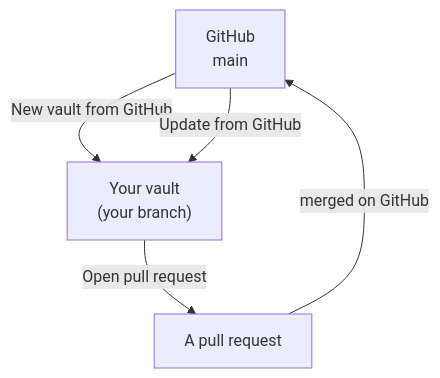
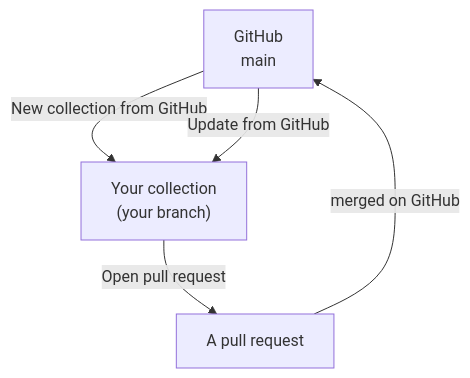
One commit to DavidROliverBA/commonplace-md changed the diagram in docs/help/import-export.md. Above: the diagram before and after it, drawn with Mermaid. The commit also changed other lines of this file and 113 other files, not shown here.

````diff
--- a/docs/help/import-export.md
+++ b/docs/help/import-export.md
@@ -25,7 +25,7 @@
 ```mermaid
 flowchart TB
-  G["GitHub<br/>main"] -- "New vault from GitHub" --> V["Your vault<br/>(your branch)"]
+  G["GitHub<br/>main"] -- "New collection from GitHub" --> V["Your collection<br/>(your branch)"]
   V -- "Open pull request" --> PR["A pull request"]
   PR -- "merged on GitHub" --> G
   G -- "Update from GitHub" --> V
 ```
````
